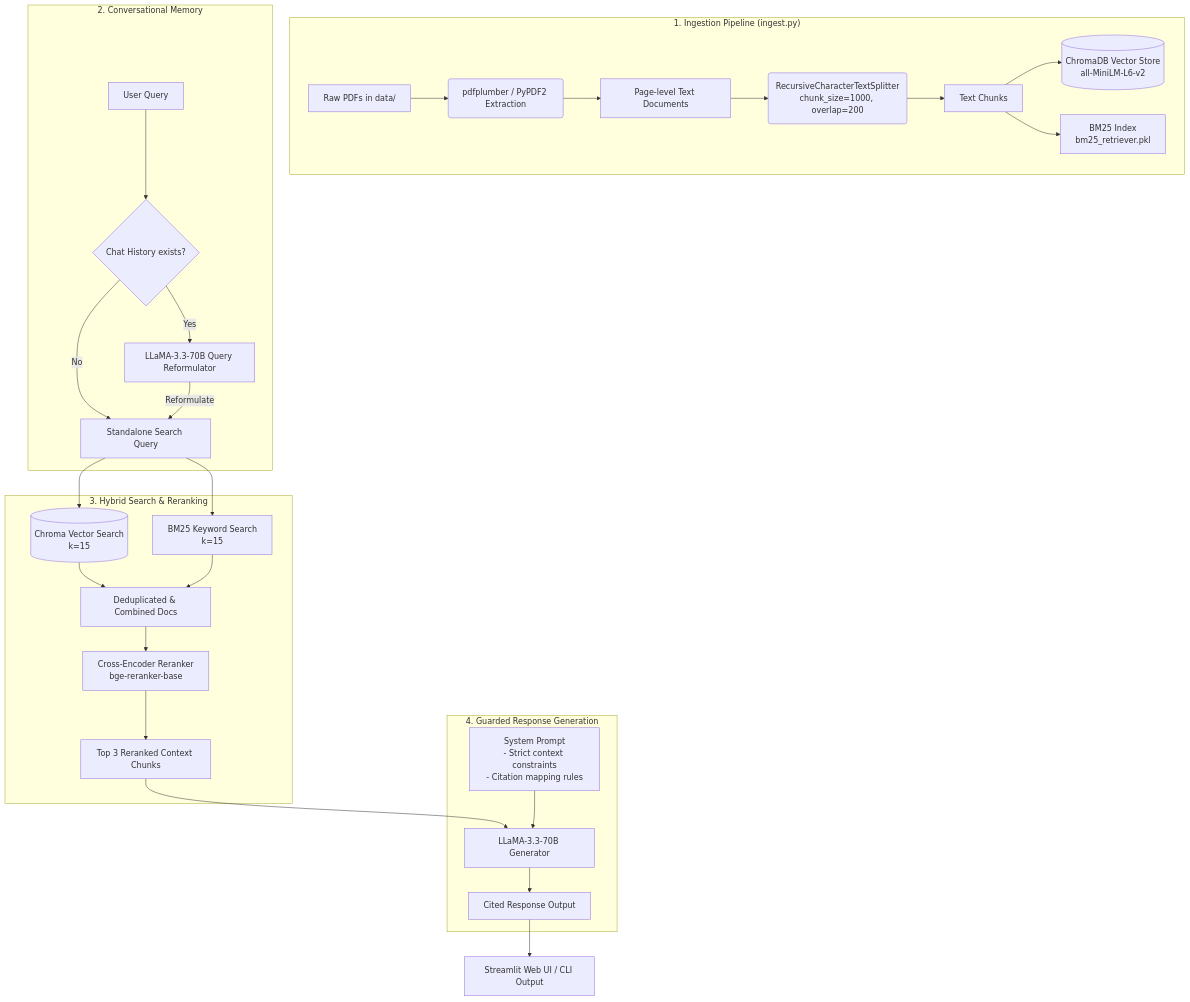
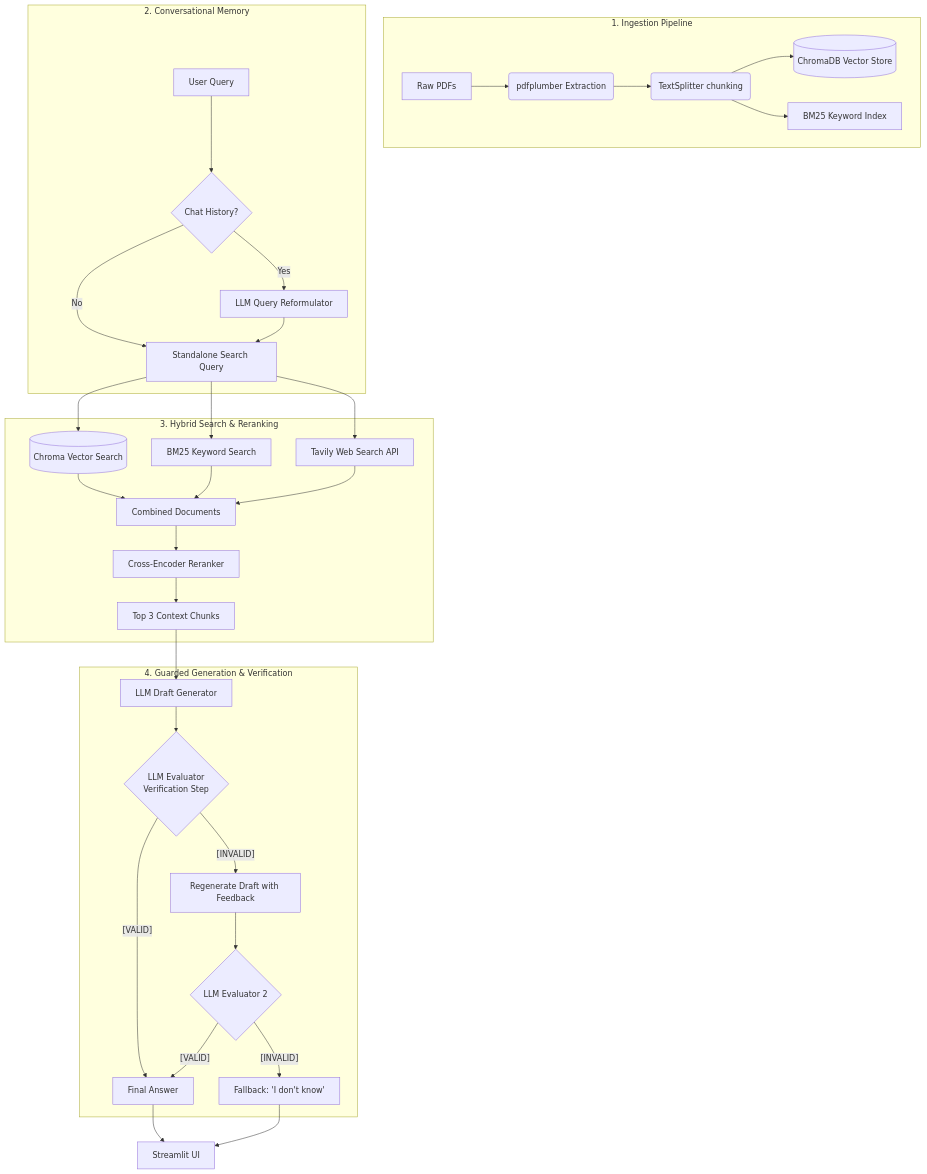
The diagram in README.md (amalcrypt/petrochat), drawn with Mermaid before and after one commit.

````diff
--- a/README.md
+++ b/README.md
@@ -44,35 +44,40 @@
 ```mermaid
 flowchart TD
-    subgraph Ingestion["1. Ingestion Pipeline (ingest.py)"]
-        A[Raw PDFs in data/] --> B(pdfplumber / PyPDF2 Extraction)
-        B --> C[Page-level Text Documents]
-        C --> D(RecursiveCharacterTextSplitter<br/>chunk_size=1000, overlap=200)
-        D --> E[Text Chunks]
-        E --> F[(ChromaDB Vector Store<br/>all-MiniLM-L6-v2)]
-        E --> G[BM25 Index<br/>bm25_retriever.pkl]
+    subgraph Ingestion["1. Ingestion Pipeline"]
+        A[Raw PDFs] --> B(pdfplumber Extraction)
+        B --> C(TextSplitter chunking)
+        C --> D[(ChromaDB Vector Store)]
+        C --> E[BM25 Keyword Index]
     end
 
     subgraph QueryReform["2. Conversational Memory"]
-        H[User Query] --> I{Chat History exists?}
-        I -- Yes --> J[LLaMA-3.3-70B Query Reformulator]
-        I -- No --> K[Standalone Search Query]
-        J -->|Reformulate| K
+        F[User Query] --> G{Chat History?}
+        G -- Yes --> H[LLM Query Reformulator]
+        G -- No --> I[Standalone Search Query]
+        H --> I
     end
 
     subgraph Retrieval["3. Hybrid Search & Reranking"]
-        K --> L[(Chroma Vector Search<br/>k=15)]
-        K --> M[BM25 Keyword Search<br/>k=15]
-        L --> N[Deduplicated & Combined Docs]
-        M --> N
-        N --> O[Cross-Encoder Reranker<br/>bge-reranker-base]
-        O --> P[Top 3 Reranked Context Chunks]
+        I --> J[(Chroma Vector Search)]
+        I --> K[BM25 Keyword Search]
+        I --> L[Tavily Web Search API]
+        J --> M[Combined Documents]
+        K --> M
+        L --> M
+        M --> N[Cross-Encoder Reranker]
+        N --> O[Top 3 Context Chunks]
     end
 
-    subgraph Generation["4. Guarded Response Generation"]
-        P --> Q[LLaMA-3.3-70B Generator]
-        R[System Prompt<br/>- Strict context constraints<br/>- Citation mapping rules] --> Q
-        Q --> S[Cited Response Output]
+    subgraph Generation["4. Guarded Generation & Verification"]
+        O --> P[LLM Draft Generator]
+        P --> Q{LLM Evaluator<br/>Verification Step}
+        Q -- [VALID] --> R[Final Answer]
+        Q -- [INVALID] --> S[Regenerate Draft with Feedback]
+        S --> T{LLM Evaluator 2}
+        T -- [VALID] --> R
+        T -- [INVALID] --> U[Fallback: 'I don't know']
     end
     
-    S --> T[Streamlit Web UI / CLI Output]
+    R --> V[Streamlit UI]
+    U --> V
 ```
````
